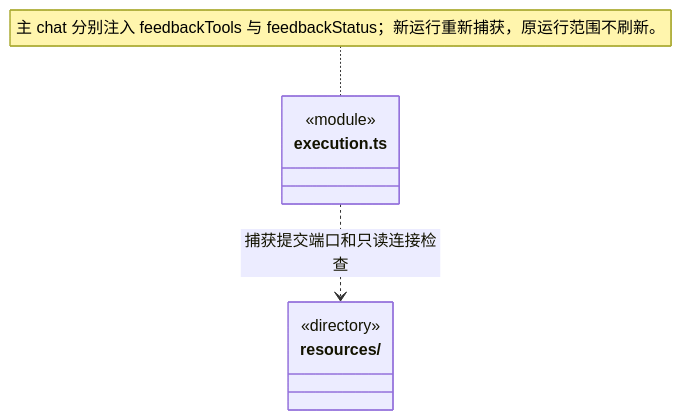
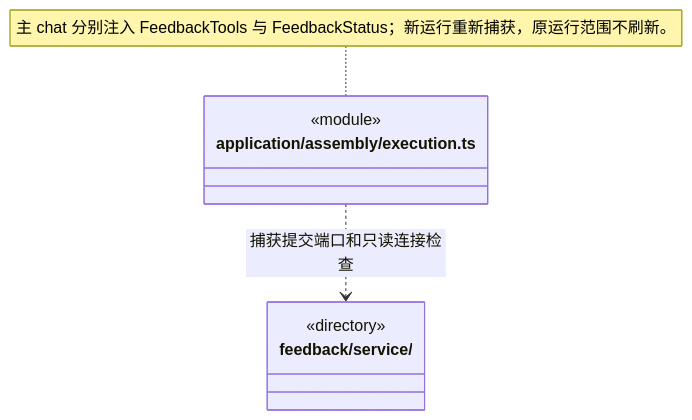
Before and after one commit to nan023062/cbim: the second of 7 diagrams in src/logic/application/ARCHITECTURE.md, drawn with Mermaid. The commit also changed other lines of this file and 112 other files, not shown here.

Commit message:
docs: align source architecture with current declarations and contracts

````diff
--- a/src/logic/application/ARCHITECTURE.md
+++ b/src/logic/application/ARCHITECTURE.md
@@ -96,7 +96,7 @@
 ```mermaid
 classDiagram
-class execution["execution.ts"] { <<module>> }
-class resources["resources/"] { <<directory>> }
+class execution["application/assembly/execution.ts"] { <<module>> }
+class resources["feedback/service/"] { <<directory>> }
 execution ..> resources : 捕获提交端口和只读连接检查
-note for execution "主 chat 分别注入 feedbackTools 与 feedbackStatus；新运行重新捕获，原运行范围不刷新。"
+note for execution "主 chat 分别注入 FeedbackTools 与 FeedbackStatus；新运行重新捕获，原运行范围不刷新。"
 ```
````
